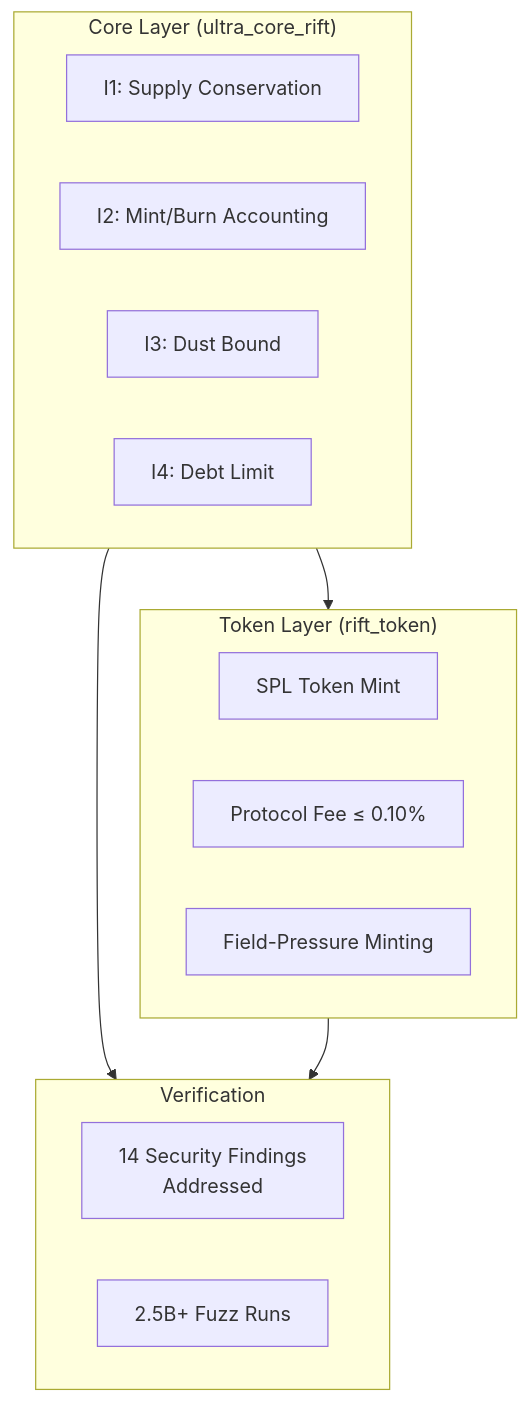
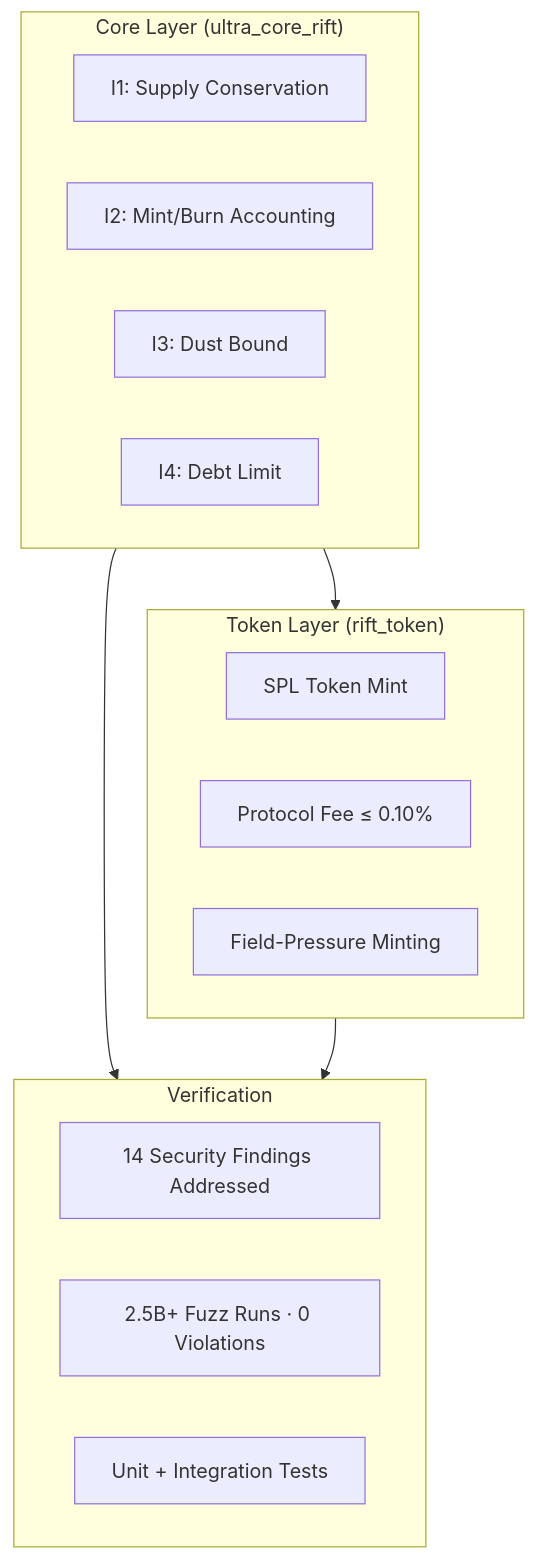
Before and after one commit to RFT-SIRM/Rift-Network: the first of 2 diagrams in README.md, drawn with Mermaid. The commit also changed other lines of this file, not shown here.

````diff
--- a/README.md
+++ b/README.md
@@ -42,21 +42,22 @@
 ```mermaid
 flowchart TB
- subgraph CORE["Core Layer (ultra_core_rift)"]
- I1["I1: Supply Conservation"]
- I2["I2: Mint/Burn Accounting"]
- I3["I3: Dust Bound"]
- I4["I4: Debt Limit"]
- end
- subgraph TOKEN["Token Layer (rift_token)"]
- SPL["SPL Token Mint"]
- FEE["Protocol Fee ≤ 0.10%"]
- REBASE["Field-Pressure Minting"]
- end
- subgraph VERIFY["Verification"]
- AUDIT["14 Security Findings\nAddressed"]
- FUZZ["2.5B+ Fuzz Runs"]
- end
- CORE --> TOKEN
- CORE --> VERIFY
- TOKEN --> VERIFY
+    subgraph CORE["Core Layer (ultra_core_rift)"]
+        I1["I1: Supply Conservation"]
+        I2["I2: Mint/Burn Accounting"]
+        I3["I3: Dust Bound"]
+        I4["I4: Debt Limit"]
+    end
+    subgraph TOKEN["Token Layer (rift_token)"]
+        SPL["SPL Token Mint"]
+        FEE["Protocol Fee ≤ 0.10%"]
+        REBASE["Field-Pressure Minting"]
+    end
+    subgraph VERIFY["Verification"]
+        AUDIT["14 Security Findings Addressed"]
+        FUZZ["2.5B+ Fuzz Runs · 0 Violations"]
+        UNIT["Unit + Integration Tests"]
+    end
+    CORE --> TOKEN
+    CORE --> VERIFY
+    TOKEN --> VERIFY
 ```
````
